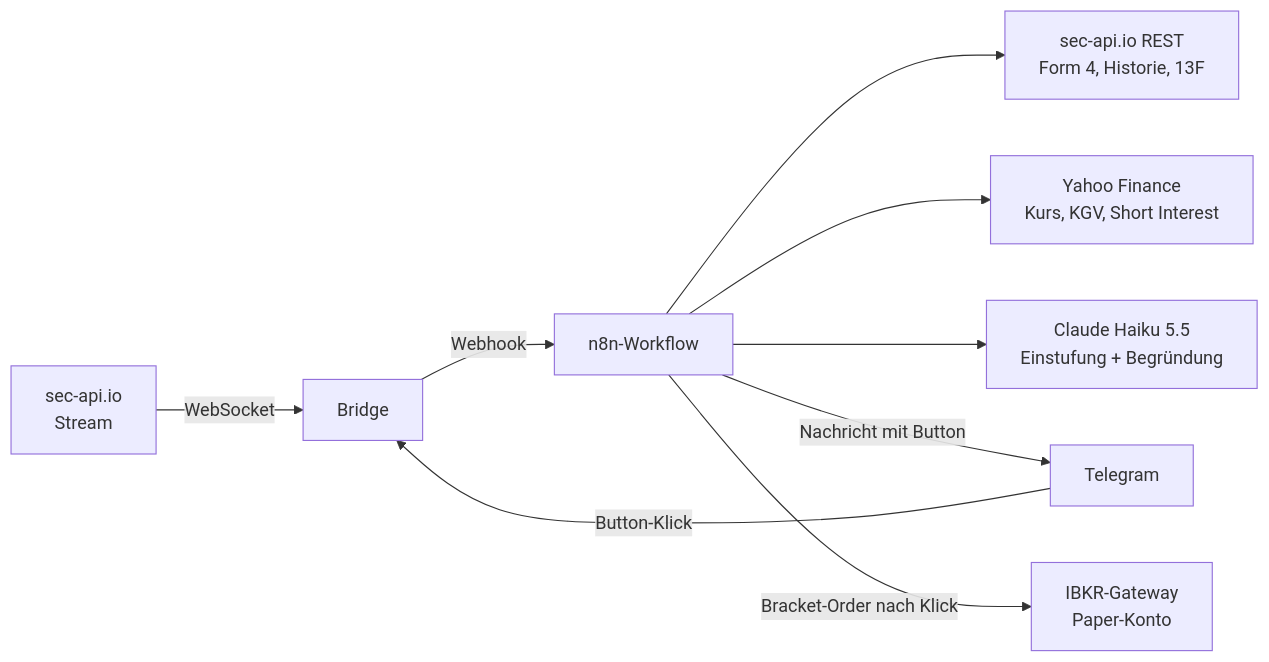
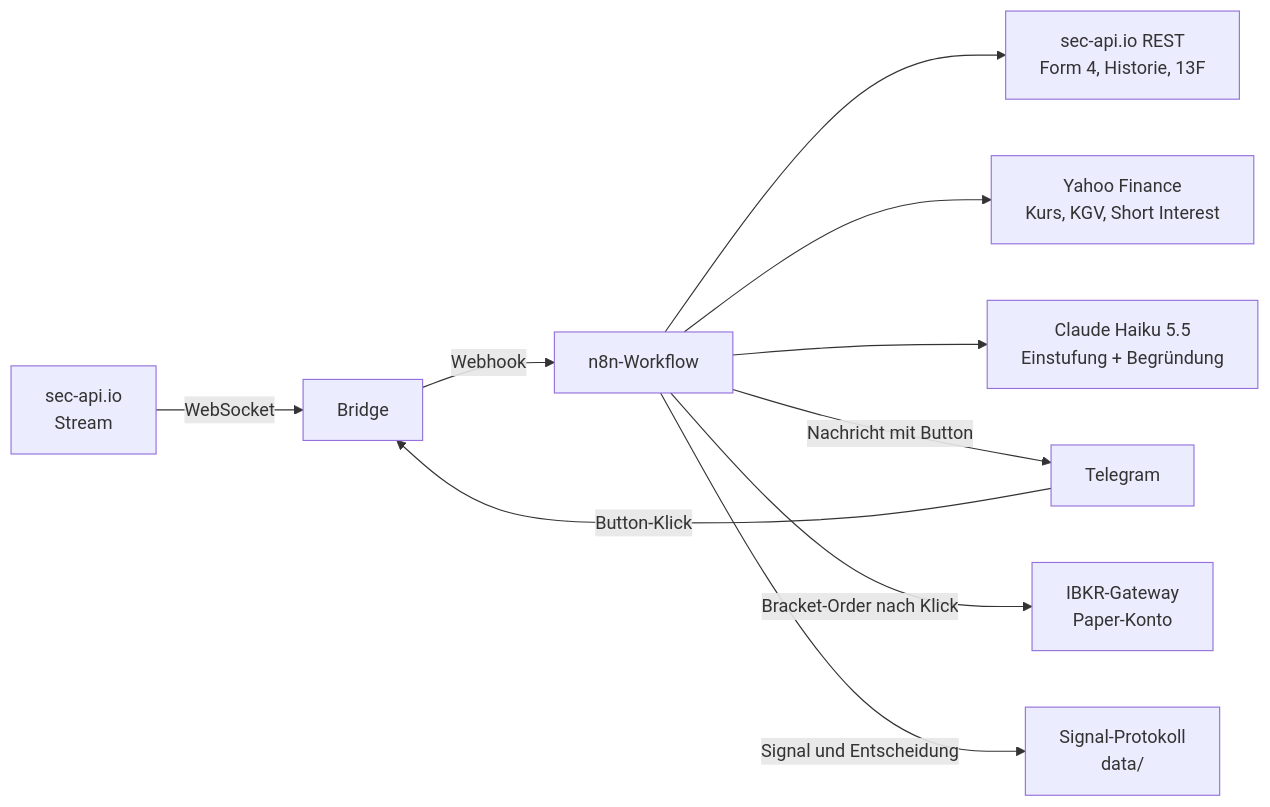
Before and after one commit to Raphi372/Insider: the diagram in README.md, drawn with Mermaid. The commit also changed other lines of this file and 29 other files, not shown here.

First line of the commit message:
Signal-Protokoll, Auswertung und Backtest

````diff
--- a/README.md
+++ b/README.md
@@ -11,11 +11,12 @@
 ```mermaid
 flowchart LR
   SEC[sec-api.io<br/>Stream] -- WebSocket --> B[Bridge]
   TG[Telegram] -- Button-Klick --> B
   B -- Webhook --> N[n8n-Workflow]
   N --> S1[sec-api.io REST<br/>Form 4, Historie, 13F]
   N --> Y[Yahoo Finance<br/>Kurs, KGV, Short Interest]
   N --> C[Claude Haiku 5.5<br/>Einstufung + Begründung]
   N -- Nachricht mit Button --> TG
   N -- Bracket-Order nach Klick --> I[IBKR-Gateway<br/>Paper-Konto]
+  N -- Signal und Entscheidung --> J[Signal-Protokoll<br/>data/]
 ```
````
